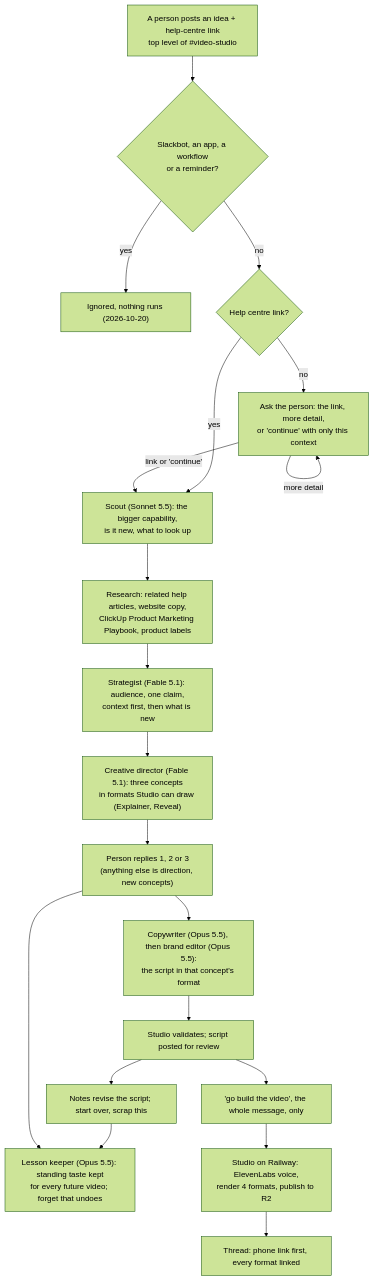
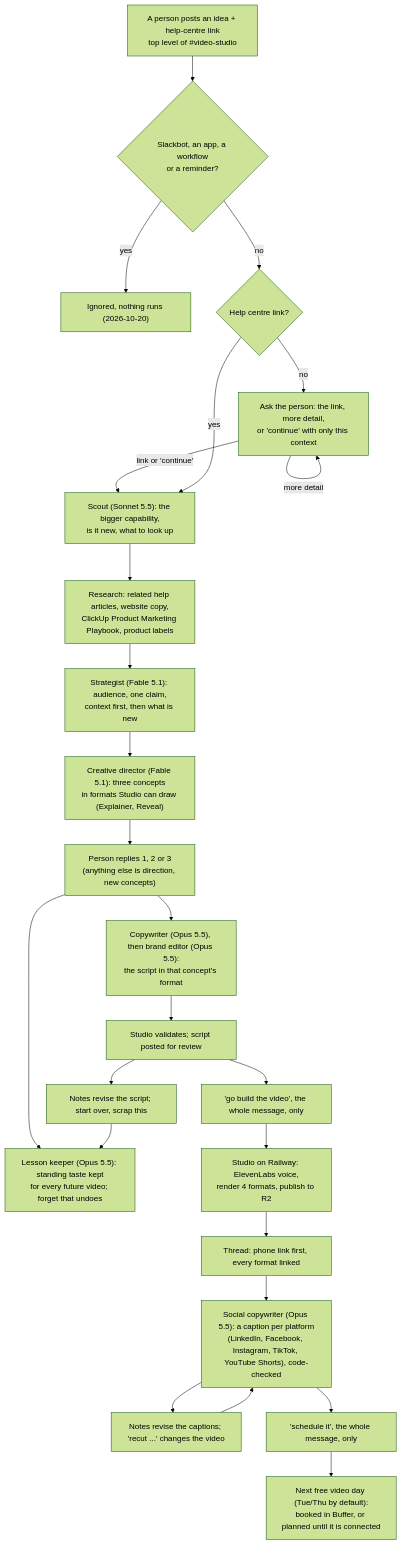
Before and after one commit to vomeadmin/vome-os: diagram 11 of 12 in WORKFLOWS.md, drawn with Mermaid (forest theme). The commit also changed other lines of this file and 16 other files, not shown here.

First line of the commit message:
Video studio: social captions and Buffer scheduling

````diff
--- a/WORKFLOWS.md
+++ b/WORKFLOWS.md
@@ -236,21 +236,26 @@
 ```mermaid
 flowchart TD
   P["A person posts an idea + help-centre link<br/>top level of #video-studio"]:::live --> F{"Slackbot, an app, a workflow<br/>or a reminder?"}:::deployed
   F -->|yes| X["Ignored, nothing runs (2026-10-20)"]:::deployed
   F -->|no| LN{"Help centre link?"}:::deployed
   LN -->|no| AC["Ask the person: the link, more detail,<br/>or 'continue' with only this context"]:::deployed
   AC -->|more detail| AC
   AC -->|link or 'continue'| SC
   LN -->|yes| SC["Scout (Sonnet 5.5): the bigger capability,<br/>is it new, what to look up"]:::live
   SC --> RS["Research: related help articles, website copy,<br/>ClickUp Product Marketing Playbook, product labels"]:::live
   RS --> ST["Strategist (Fable 5.1): audience, one claim,<br/>context first, then what is new"]:::live
   ST --> CD["Creative director (Fable 5.1): three concepts<br/>in formats Studio can draw (Explainer, Reveal)"]:::live
   CD --> PK["Person replies 1, 2 or 3<br/>(anything else is direction, new concepts)"]:::live
   PK --> CW["Copywriter (Opus 5.5), then brand editor (Opus 5.5):<br/>the script in that concept's format"]:::deployed
   CW --> VA["Studio validates; script posted for review"]:::deployed
   VA --> NT["Notes revise the script; start over, scrap this"]:::deployed
   PK & NT --> LK["Lesson keeper (Opus 5.5): standing taste kept<br/>for every future video; forget that undoes"]:::deployed
   VA --> GL["'go build the video', the whole message, only"]:::deployed
   GL --> BU["Studio on Railway: ElevenLabs voice,<br/>render 4 formats, publish to R2"]:::live
   BU --> DL["Thread: phone link first, every format linked"]:::deployed
+  DL --> SW["Social copywriter (Opus 5.5): a caption per platform<br/>(LinkedIn, Facebook, Instagram, TikTok, YouTube Shorts), code-checked"]:::built
+  SW --> SN["Notes revise the captions; 'recut ...' changes the video"]:::built
+  SN --> SW
+  SW --> SS["'schedule it', the whole message, only"]:::built
+  SS --> SZ["Next free video day (Tue/Thu by default):<br/>booked in Buffer, or planned until it is connected"]:::built
 ```
````
